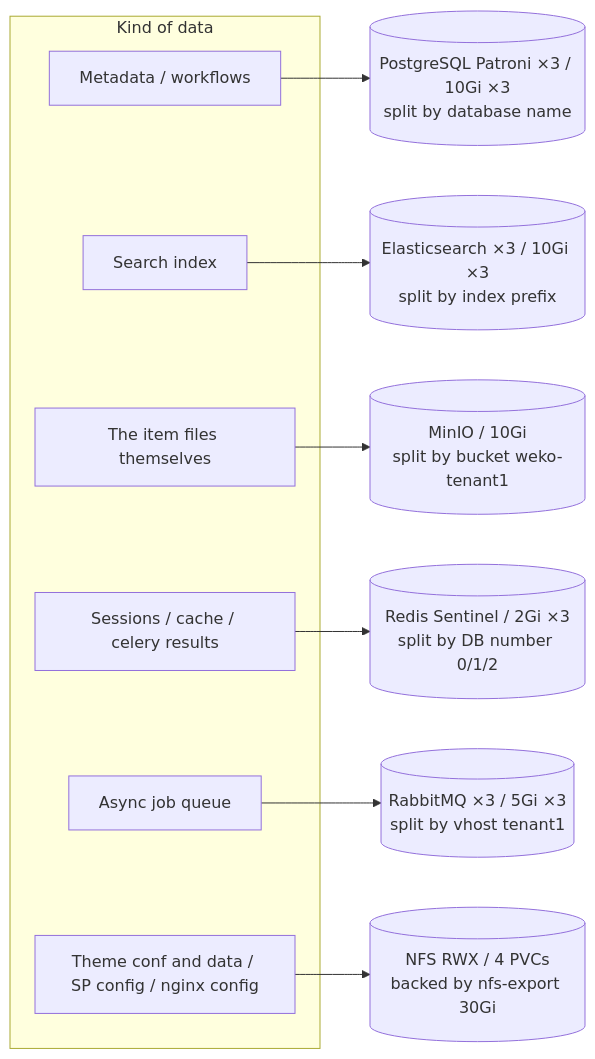
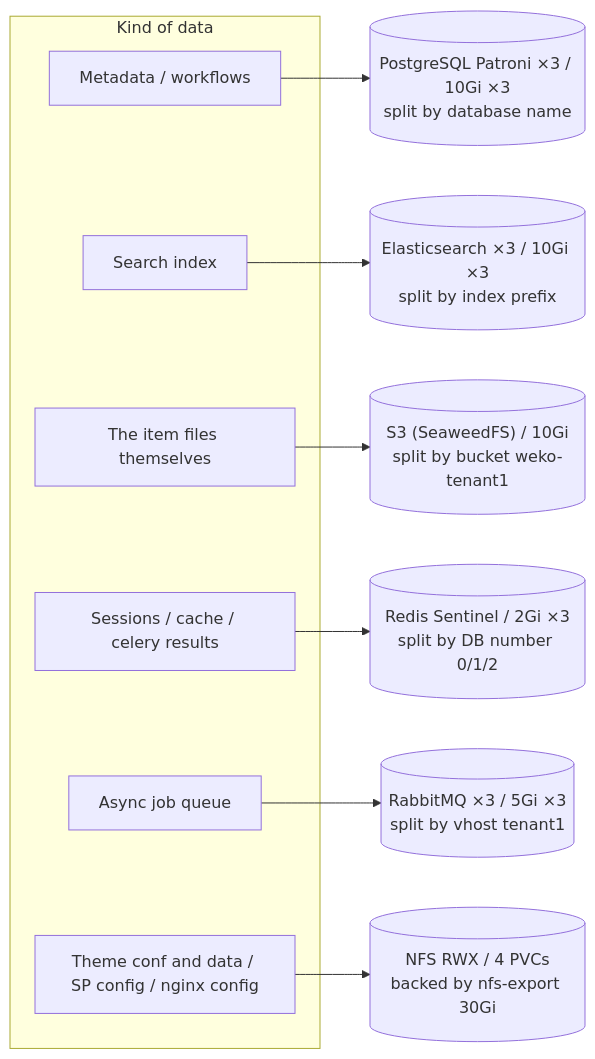
Before and after one commit to RCOSDP/weko-workshop: the fourth of 4 diagrams in weko-k8s-sample/k8s-weko/README-arm64.en.md, drawn with Mermaid. The commit also changed other lines of this file and 44 other files, not shown here.

````diff
--- a/weko-k8s-sample/k8s-weko/README-arm64.en.md
+++ b/weko-k8s-sample/k8s-weko/README-arm64.en.md
@@ -501,25 +534,25 @@
 ```mermaid
 flowchart LR
   subgraph kind["Kind of data"]
     meta["Metadata / workflows"]
     idx["Search index"]
     file["The item files themselves"]
     sess["Sessions / cache / celery results"]
     job["Async job queue"]
     conf["Theme conf and data / SP config / nginx config"]
   end
 
   pg[("PostgreSQL Patroni ×3 / 10Gi ×3<br/>split by database name")]
   es[("Elasticsearch ×3 / 10Gi ×3<br/>split by index prefix")]
-  minio[("MinIO / 10Gi<br/>split by bucket weko-tenant1")]
+  s3[("S3 (SeaweedFS) / 10Gi<br/>split by bucket weko-tenant1")]
   redis[("Redis Sentinel / 2Gi ×3<br/>split by DB number 0/1/2")]
   mq[("RabbitMQ ×3 / 5Gi ×3<br/>split by vhost tenant1")]
   nfs[("NFS RWX / 4 PVCs<br/>backed by nfs-export 30Gi")]
 
   meta --> pg
   idx --> es
-  file --> minio
+  file --> s3
   sess --> redis
   job --> mq
   conf --> nfs
 ```
````
